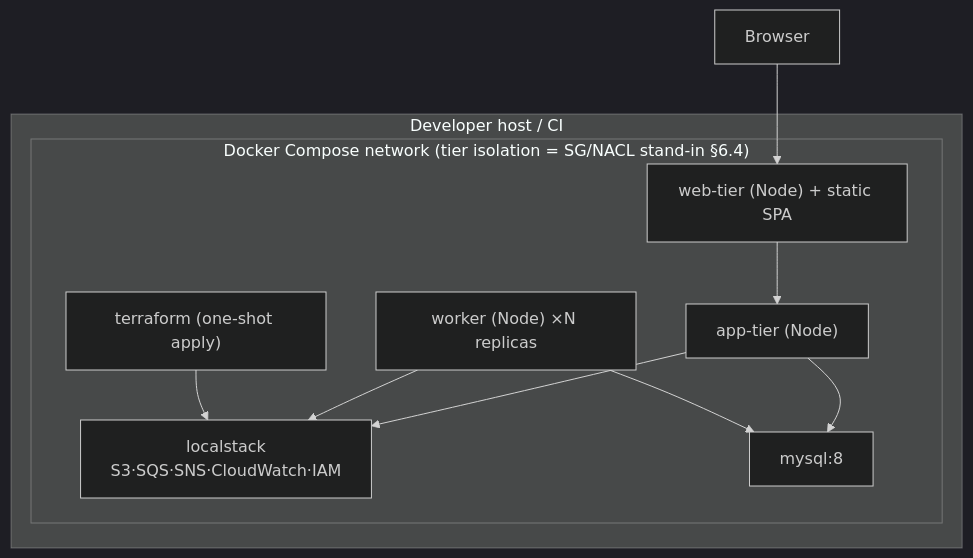
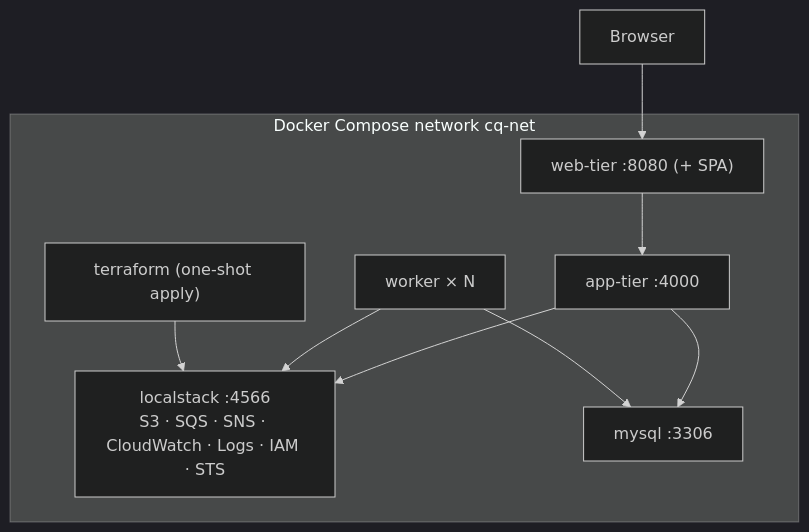
Before and after one commit to Sandwich-hye/classquest: the fourth of 4 diagrams in ARCHITECTURE.md, drawn with Mermaid (dark theme). The commit also changed other lines of this file and 15 other files, not shown here.

````diff
--- a/ARCHITECTURE.md
+++ b/ARCHITECTURE.md
@@ -220,19 +203,15 @@
 ```mermaid
 graph TD
-    subgraph host["Developer host / CI"]
-        subgraph dc["Docker Compose network (tier isolation = SG/NACL stand-in §6.4)"]
-            ls["localstack<br/>S3·SQS·SNS·CloudWatch·IAM"]
-            tf["terraform (one-shot apply)"]
-            my["mysql:8"]
-            at["app-tier (Node)"]
-            wt["web-tier (Node) + static SPA"]
-            wk["worker (Node) ×N replicas"]
-        end
+    subgraph dc["Docker Compose network cq-net"]
+        ls["localstack :4566<br/>S3 · SQS · SNS · CloudWatch · Logs · IAM · STS"]
+        tf["terraform (one-shot apply)"]
+        my["mysql :3306"]
+        at["app-tier :4000"]
+        wt["web-tier :8080 (+ SPA)"]
+        wk["worker × N"]
     end
     browser["Browser"] --> wt --> at
-    at --> my
-    at --> ls
-    wk --> ls
-    wk --> my
+    at --> my & ls
+    wk --> my & ls
     tf --> ls
 ```
````
